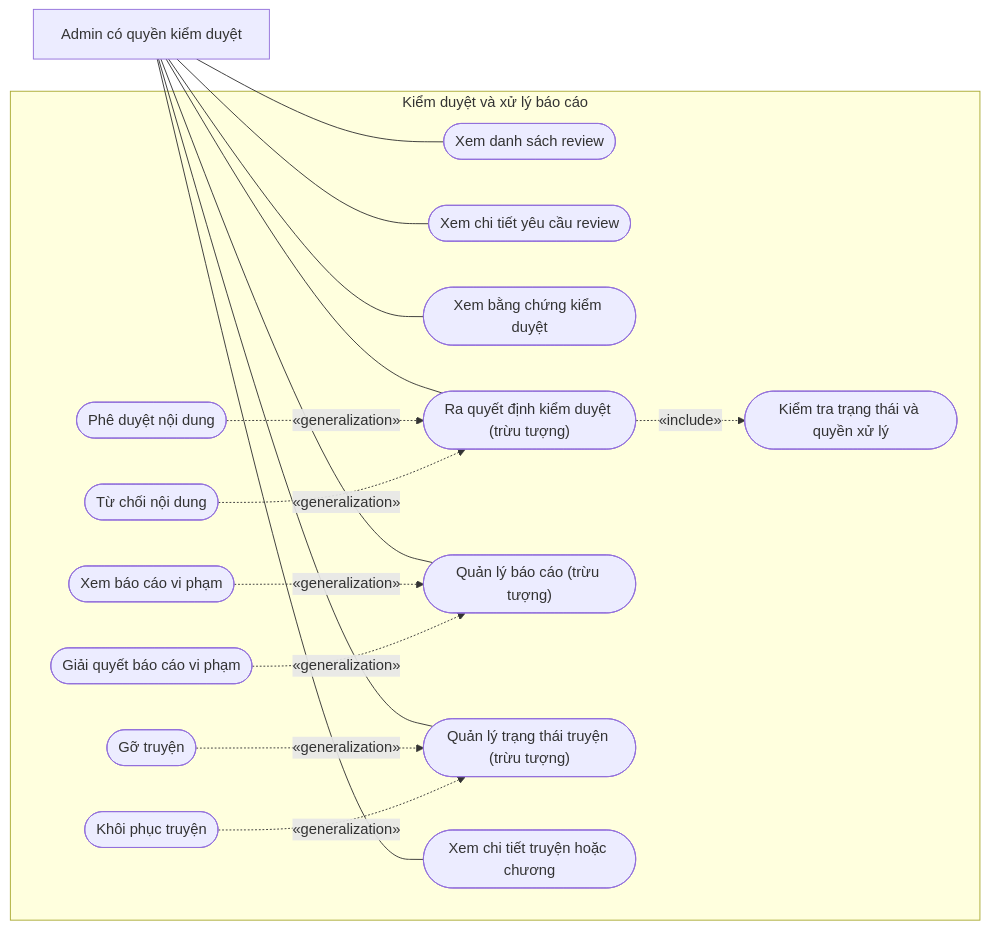
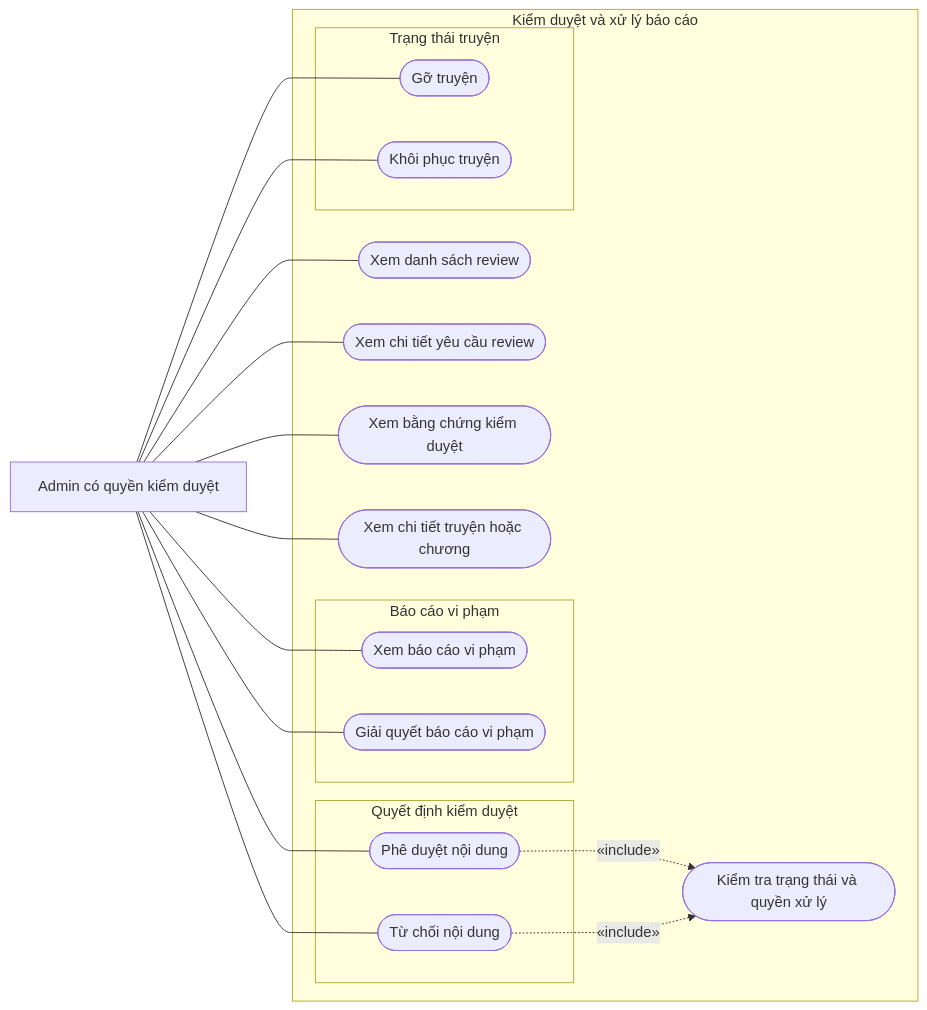
One commit to Ephurin/Novel_sharing_platform changed the first of 2 diagrams in docs/chuong-3-so-do/01d-usecase-quan-tri.md. Above: the diagram before and after it, drawn with Mermaid. The commit also changed other lines of this file, not shown here.

Commit message:
docs: show include/extend relationships only in use cases

````diff
--- a/docs/chuong-3-so-do/01d-usecase-quan-tri.md
+++ b/docs/chuong-3-so-do/01d-usecase-quan-tri.md
@@ -7,34 +9,35 @@
 ```mermaid
 flowchart LR
     AD["Admin có quyền kiểm duyệt"]
     subgraph SYS["Kiểm duyệt và xử lý báo cáo"]
         U1(["Xem danh sách review"])
         U2(["Xem chi tiết yêu cầu review"])
         U3(["Xem bằng chứng kiểm duyệt"])
-        U4(["Ra quyết định kiểm duyệt (trừu tượng)"])
-        U5(["Phê duyệt nội dung"])
-        U6(["Từ chối nội dung"])
         U7(["Kiểm tra trạng thái và quyền xử lý"])
-        U8(["Quản lý báo cáo (trừu tượng)"])
-        U9(["Xem báo cáo vi phạm"])
-        U10(["Giải quyết báo cáo vi phạm"])
-        U11(["Quản lý trạng thái truyện (trừu tượng)"])
-        U12(["Gỡ truyện"])
-        U13(["Khôi phục truyện"])
         U14(["Xem chi tiết truyện hoặc chương"])
+        subgraph G10_1["Quyết định kiểm duyệt"]
+            U5(["Phê duyệt nội dung"])
+            U6(["Từ chối nội dung"])
+        end
+        subgraph G10_2["Báo cáo vi phạm"]
+            U9(["Xem báo cáo vi phạm"])
+            U10(["Giải quyết báo cáo vi phạm"])
+        end
+        subgraph G10_3["Trạng thái truyện"]
+            U12(["Gỡ truyện"])
+            U13(["Khôi phục truyện"])
+        end
     end
     AD --- U1
     AD --- U2
     AD --- U3
-    AD --- U4
-    AD --- U8
-    AD --- U11
+    AD --- U5
+    AD --- U6
+    AD --- U9
+    AD --- U10
+    AD --- U12
+    AD --- U13
     AD --- U14
-    U5 -.->|"«generalization»"| U4
-    U6 -.->|"«generalization»"| U4
-    U4 -.->|"«include»"| U7
-    U9 -.->|"«generalization»"| U8
-    U10 -.->|"«generalization»"| U8
-    U12 -.->|"«generalization»"| U11
-    U13 -.->|"«generalization»"| U11
+    U5 -.->|"«include»"| U7
+    U6 -.->|"«include»"| U7
 ```
````
